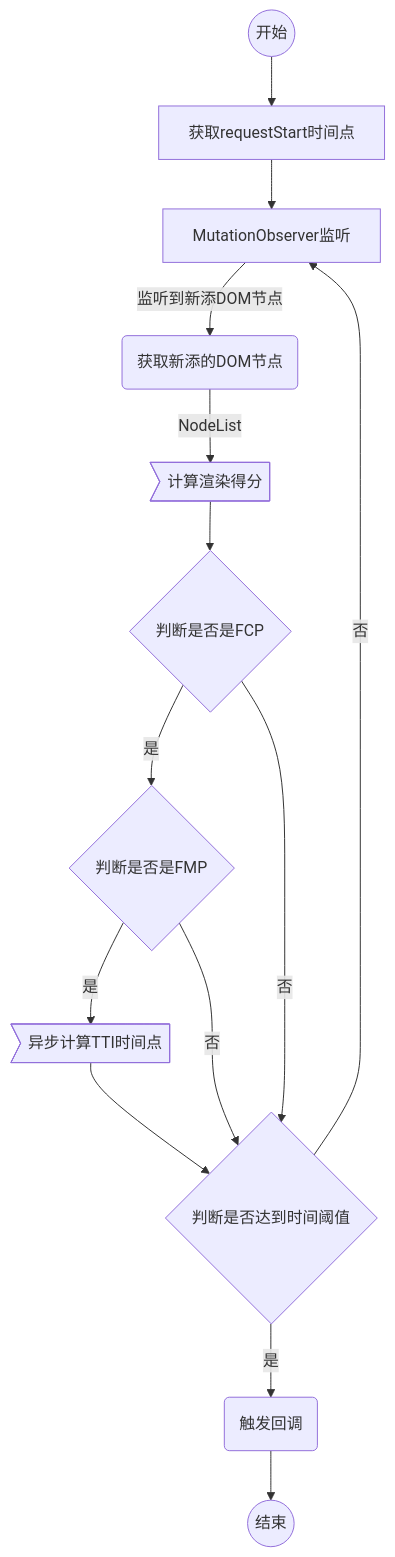
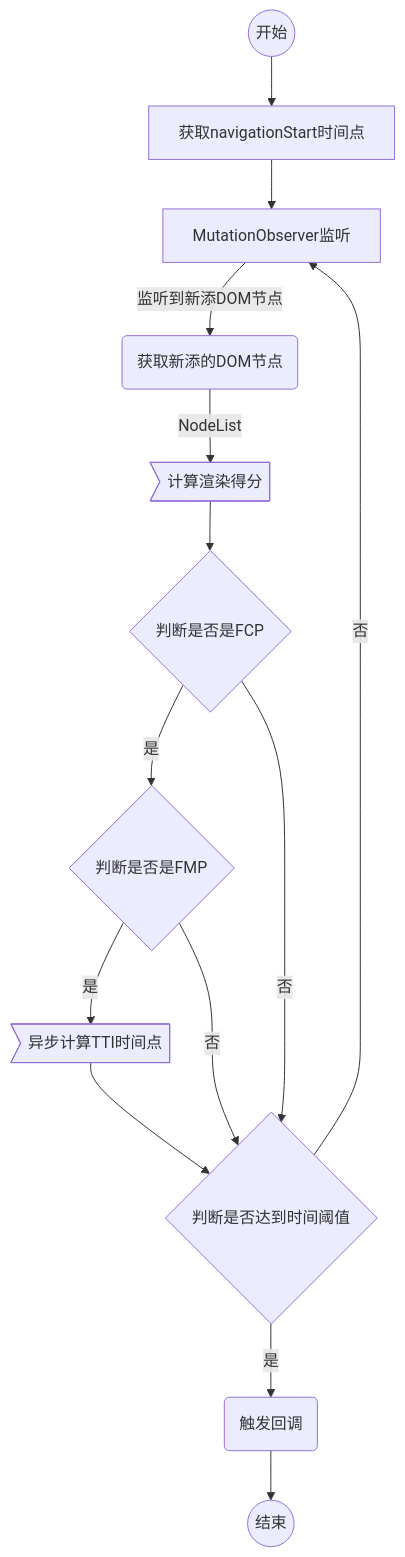
One commit to Jackjun724/fmp-tti changed the first of 3 diagrams in README.md. Above: the diagram before and after it, drawn with Mermaid. The commit also changed other lines of this file and 11 other files, not shown here.

````diff
--- a/README.md
+++ b/README.md
@@ -92,16 +97,16 @@
 ```mermaid
 graph TD;
-    start((开始)) --> step_start[获取requestStart时间点]
+    start((开始)) --> step_start[获取navigationStart时间点]
     step_start --> step_observe[MutationObserver监听]
     step_observe -- 监听到新添DOM节点 --> step_change(获取新添的DOM节点)
     step_change -- NodeList --> step_stat>计算渲染得分]
     step_stat --> check_fcp{判断是否是FCP}
     check_fcp -- 是 --> check_fmp{判断是否是FMP}
     check_fmp -- 是 --> step_tti>异步计算TTI时间点]
     step_tti --> check_out{判断是否达到时间阈值}
     check_fcp -- 否 --> check_out
     check_fmp -- 否 --> check_out
     check_out -- 否 --> step_observe
     check_out -- 是 --> step_callback(触发回调)
     step_callback --> stop((结束))
 ```
````
